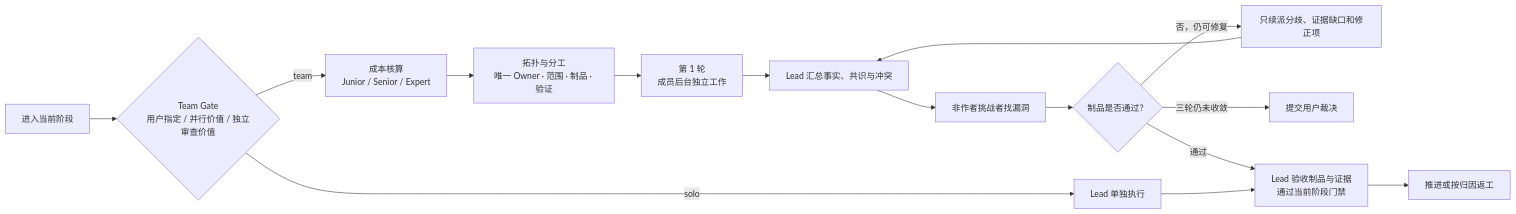
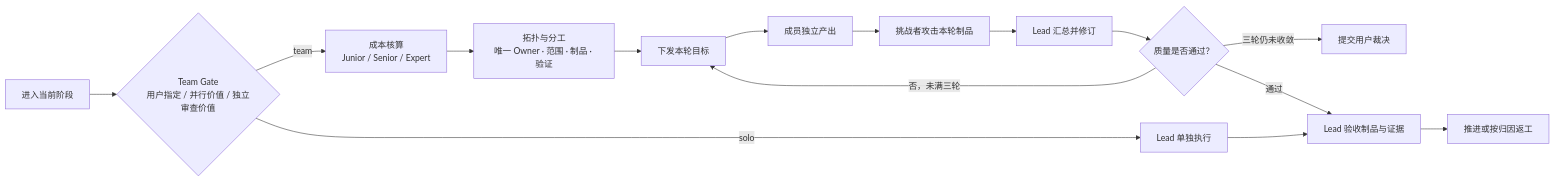
One commit to liyangink/team-work-runtime changed the third of 3 diagrams in README.md. Above: the diagram before and after it, drawn with Mermaid. The commit also changed other lines of this file and 39 other files, not shown here.

````diff
--- a/README.md
+++ b/README.md
@@ -174,17 +191,17 @@
 ```mermaid
 flowchart LR
   Enter["进入当前阶段"] --> Gate{"Team Gate<br/>用户指定 / 并行价值 / 独立审查价值"}
   Gate -- "solo" --> Solo["Lead 单独执行"]
   Gate -- "team" --> Cost["成本核算<br/>Junior / Senior / Expert"]
   Cost --> Topology["拓扑与分工<br/>唯一 Owner · 范围 · 制品 · 验证"]
-  Topology --> Round1["第 1 轮<br/>成员后台独立工作"]
-  Round1 --> Merge["Lead 汇总事实、共识与冲突"]
-  Merge --> Challenge["非作者挑战者找漏洞"]
-  Challenge --> Decision{"制品是否通过？"}
-  Decision -- "否，仍可修复" --> Redispatch["只续派分歧、证据缺口和修正项"]
-  Redispatch --> Merge
+  Topology --> Brief["下发本轮目标"]
+  Brief --> Members["成员独立产出"]
+  Members --> Challenge["挑战者攻击本轮制品"]
+  Challenge --> Merge["Lead 汇总并修订"]
+  Merge --> Decision{"质量是否通过？"}
+  Decision -- "否，未满三轮" --> Brief
   Decision -- "三轮仍未收敛" --> Human["提交用户裁决"]
-  Decision -- "通过" --> StageGate["Lead 验收制品与证据<br/>通过当前阶段门禁"]
+  Decision -- "通过" --> StageGate["Lead 验收制品与证据"]
   Solo --> StageGate
   StageGate --> Flow["推进或按归因返工"]
 ```
````
